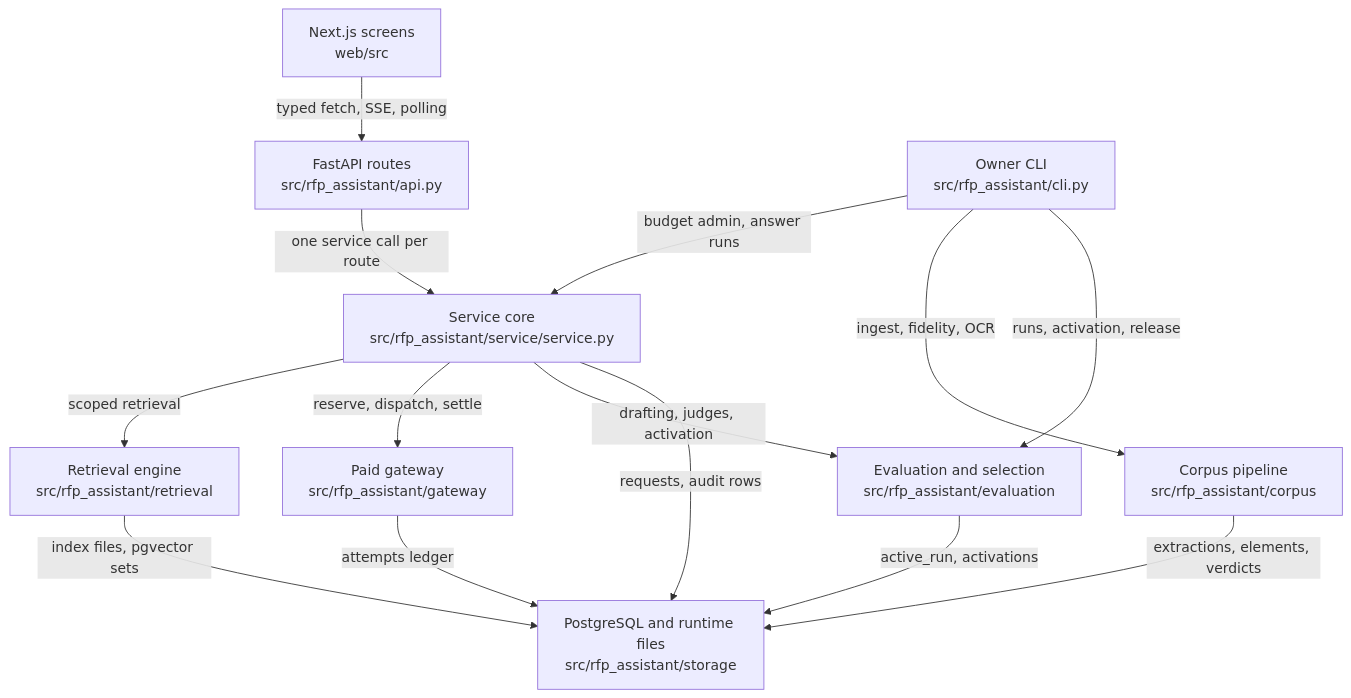
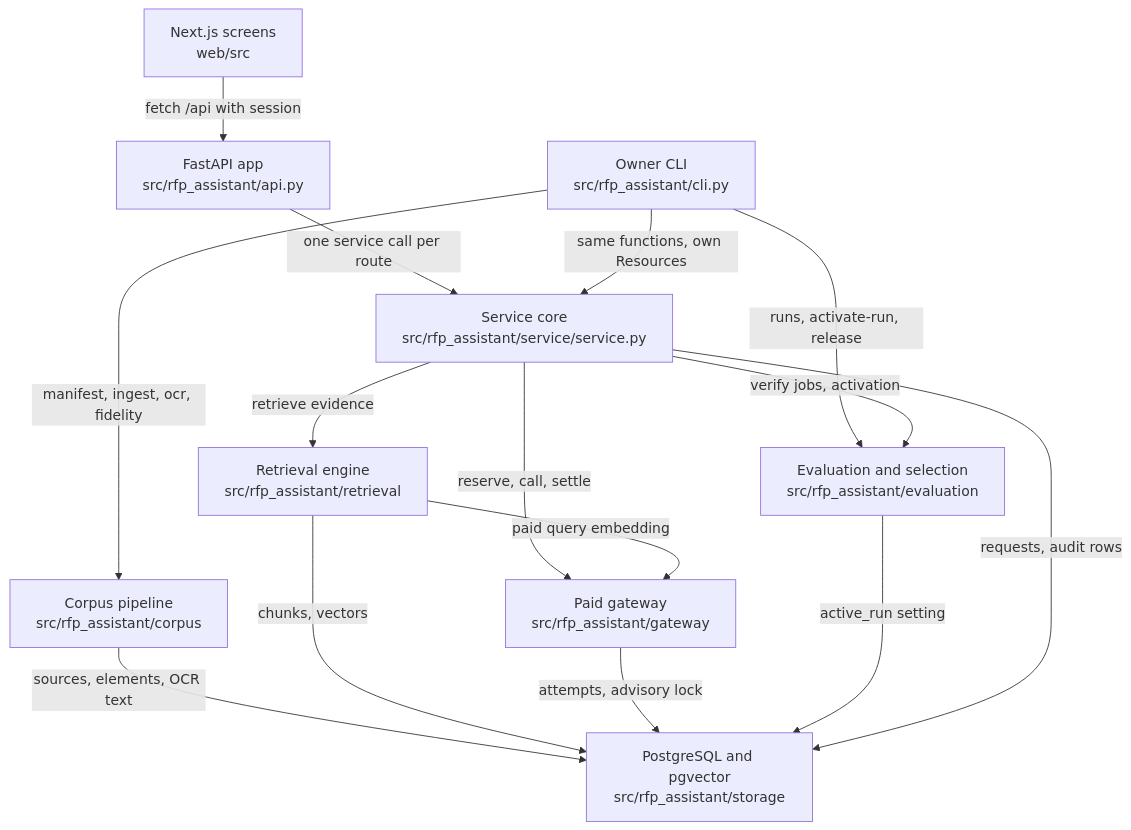
The diagram in .omm/overall-architecture/diagram.mmd (littleeeeebit/project-codeit-mid), drawn with Mermaid before and after one commit. The commit also changed 405 other files, not shown here.

```diff
--- a/.omm/overall-architecture/diagram.mmd
+++ b/.omm/overall-architecture/diagram.mmd
@@ -1,14 +1,15 @@
 graph TD
-  web-screens["Next.js screens\nweb/src"] -->|typed fetch, SSE, polling| http-api["FastAPI routes\nsrc/rfp_assistant/api.py"]
-  http-api -->|one service call per route| service-core["Service core\nsrc/rfp_assistant/service/service.py"]
-  owner-cli["Owner CLI\nsrc/rfp_assistant/cli.py"] -->|budget admin, answer runs| service-core
-  owner-cli -->|ingest, fidelity, OCR| corpus-pipeline["Corpus pipeline\nsrc/rfp_assistant/corpus"]
-  owner-cli -->|runs, activation, release| evaluation-suite["Evaluation and selection\nsrc/rfp_assistant/evaluation"]
-  service-core -->|scoped retrieval| retrieval-engine["Retrieval engine\nsrc/rfp_assistant/retrieval"]
-  service-core -->|reserve, dispatch, settle| paid-gateway["Paid gateway\nsrc/rfp_assistant/gateway"]
-  service-core -->|drafting, judges, activation| evaluation-suite
-  corpus-pipeline -->|extractions, elements, verdicts| postgres-store["PostgreSQL and runtime files\nsrc/rfp_assistant/storage"]
-  retrieval-engine -->|index files, pgvector sets| postgres-store
-  paid-gateway -->|attempts ledger| postgres-store
-  evaluation-suite -->|active_run, activations| postgres-store
-  service-core -->|requests, audit rows| postgres-store
+  web-screens["Next.js screens\nweb/src"] -->|"fetch /api with session"| http-api["FastAPI app\nsrc/rfp_assistant/api.py"]
+  http-api -->|"one service call per route"| service-core["Service core\nsrc/rfp_assistant/service/service.py"]
+  owner-cli["Owner CLI\nsrc/rfp_assistant/cli.py"] -->|"same functions, own Resources"| service-core
+  owner-cli -->|"manifest, ingest, ocr, fidelity"| corpus-pipeline["Corpus pipeline\nsrc/rfp_assistant/corpus"]
+  owner-cli -->|"runs, activate-run, release"| evaluation-suite["Evaluation and selection\nsrc/rfp_assistant/evaluation"]
+  service-core -->|"verify jobs, activation"| evaluation-suite
+  service-core -->|"retrieve evidence"| retrieval-engine["Retrieval engine\nsrc/rfp_assistant/retrieval"]
+  service-core -->|"reserve, call, settle"| paid-gateway["Paid gateway\nsrc/rfp_assistant/gateway"]
+  retrieval-engine -->|"paid query embedding"| paid-gateway
+  corpus-pipeline -->|"sources, elements, OCR text"| postgres-store["PostgreSQL and pgvector\nsrc/rfp_assistant/storage"]
+  retrieval-engine -->|"chunks, vectors"| postgres-store
+  paid-gateway -->|"attempts, advisory lock"| postgres-store
+  evaluation-suite -->|"active_run setting"| postgres-store
+  service-core -->|"requests, audit rows"| postgres-store
```
